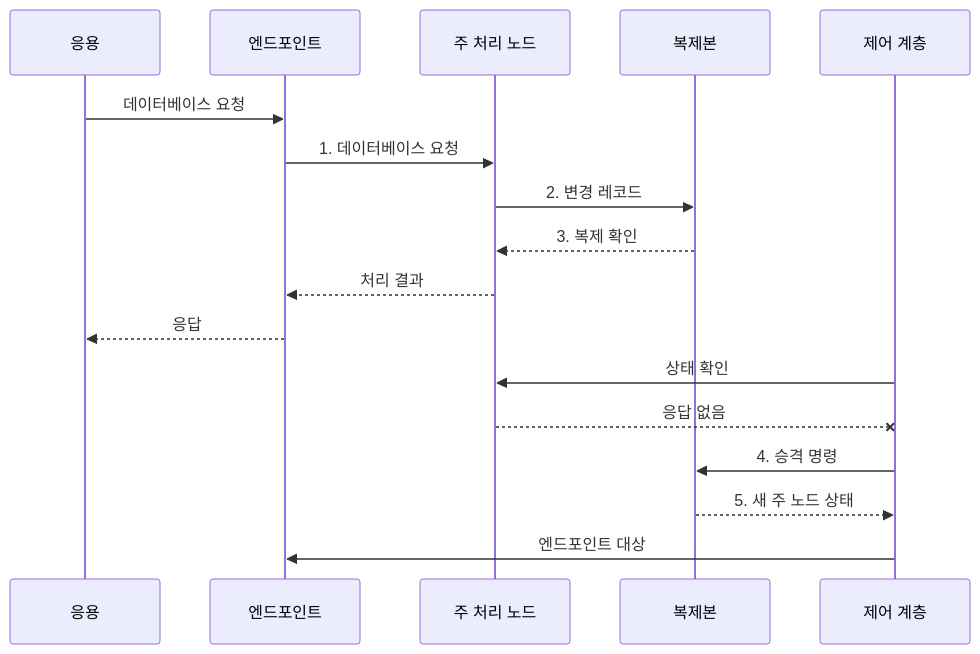
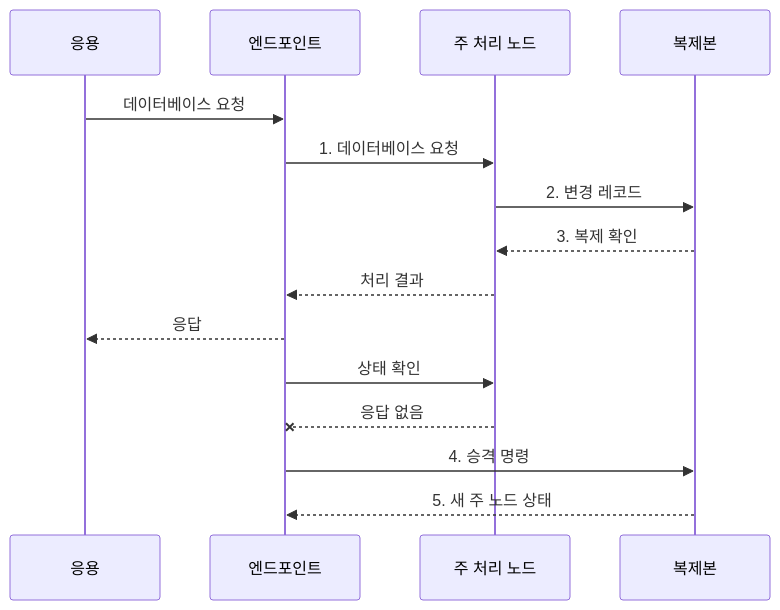
One commit to agnusdei1207/knowledge-base changed the second of 2 diagrams in src/content/docs/notes/03-software/113_cloud_database.md. Above: the diagram before and after it, drawn with Mermaid. The commit also changed 5 other files, not shown here.

Commit message:
Focus data platform diagrams

````diff
--- a/src/content/docs/notes/03-software/113_cloud_database.md
+++ b/src/content/docs/notes/03-software/113_cloud_database.md
@@ -100,19 +100,17 @@
 ```mermaid
 sequenceDiagram
     participant A as 응용
     participant E as 엔드포인트
     participant P as 주 처리 노드
     participant R as 복제본
-    participant C as 제어 계층
     A->>E: 데이터베이스 요청
     E->>P: 1. 데이터베이스 요청
     P->>R: 2. 변경 레코드
     R-->>P: 3. 복제 확인
     P-->>E: 처리 결과
     E-->>A: 응답
-    C->>P: 상태 확인
-    P--xC: 응답 없음
-    C->>R: 4. 승격 명령
-    R-->>C: 5. 새 주 노드 상태
-    C->>E: 엔드포인트 대상
+    E->>P: 상태 확인
+    P--xE: 응답 없음
+    E->>R: 4. 승격 명령
+    R-->>E: 5. 새 주 노드 상태
 ```
````
